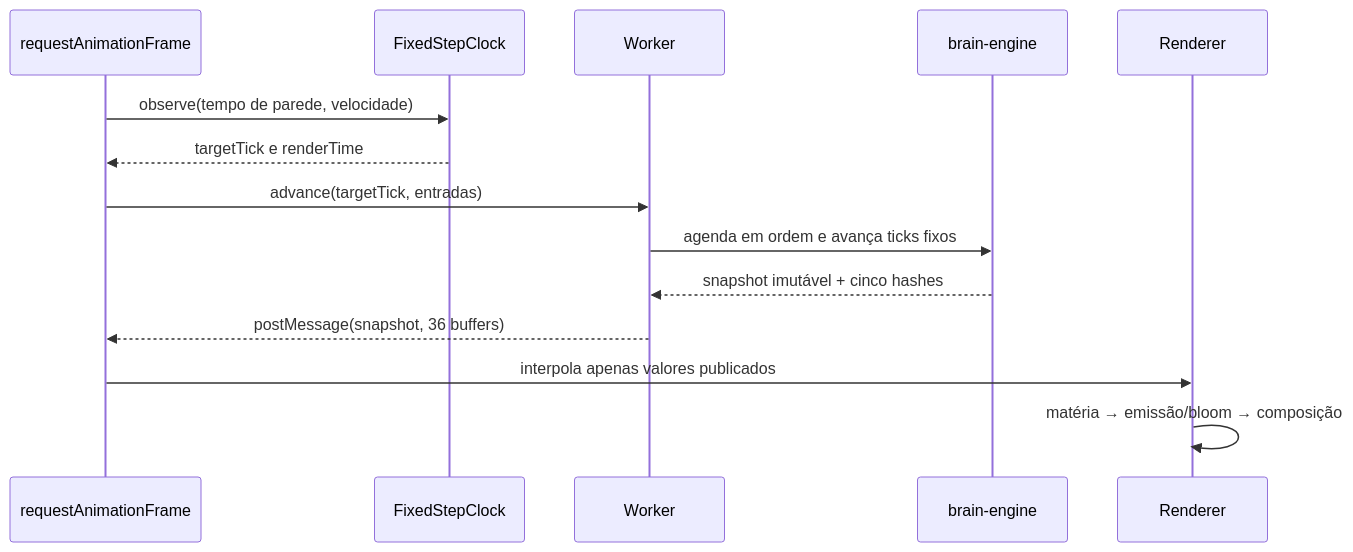
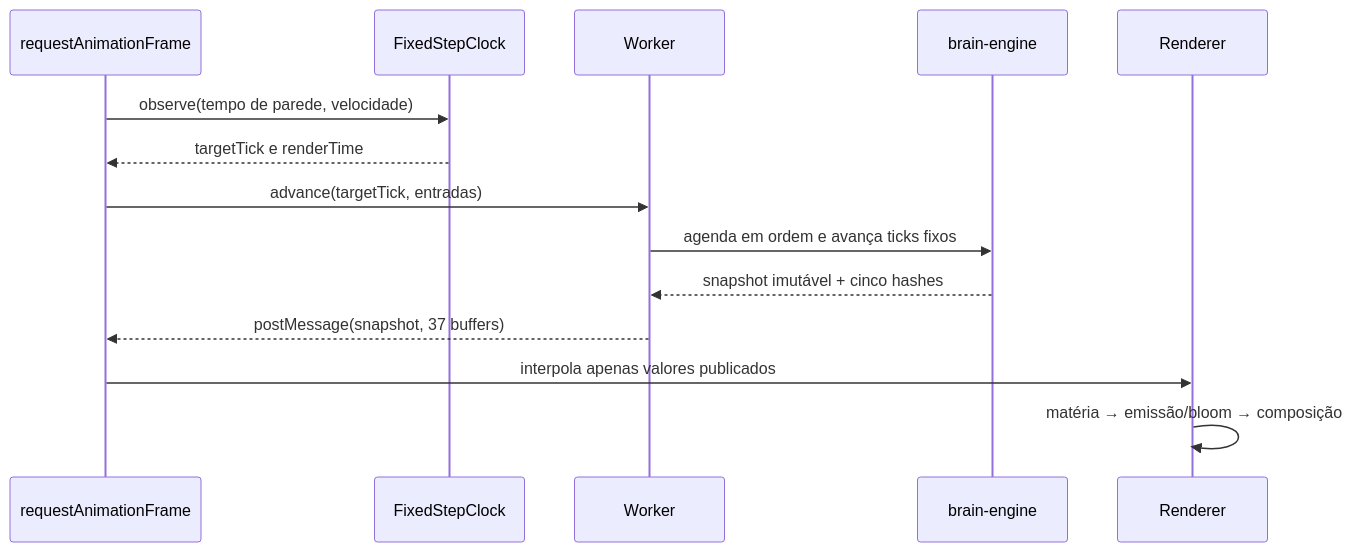
One commit to blightghp/blightghp changed the fifth of 13 diagrams in ARCHITECTURE.md. Above: the diagram before and after it, drawn with Mermaid. The commit also changed other lines of this file and 38 other files, not shown here.

````diff
--- a/ARCHITECTURE.md
+++ b/ARCHITECTURE.md
@@ -208,16 +208,16 @@
 ```mermaid
 sequenceDiagram
     participant RAF as requestAnimationFrame
     participant C as FixedStepClock
     participant W as Worker
     participant E as brain-engine
     participant R as Renderer
     RAF->>C: observe(tempo de parede, velocidade)
     C-->>RAF: targetTick e renderTime
     RAF->>W: advance(targetTick, entradas)
     W->>E: agenda em ordem e avança ticks fixos
     E-->>W: snapshot imutável + cinco hashes
-    W-->>RAF: postMessage(snapshot, 36 buffers)
+    W-->>RAF: postMessage(snapshot, 37 buffers)
     RAF->>R: interpola apenas valores publicados
     R->>R: matéria → emissão/bloom → composição
 ```
````
